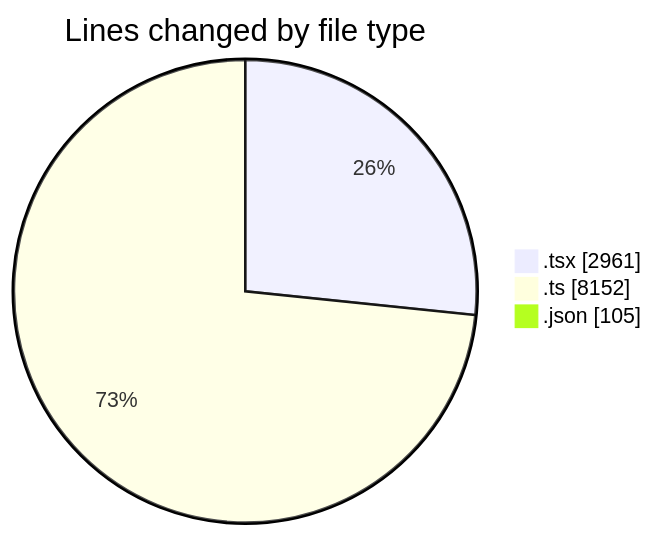
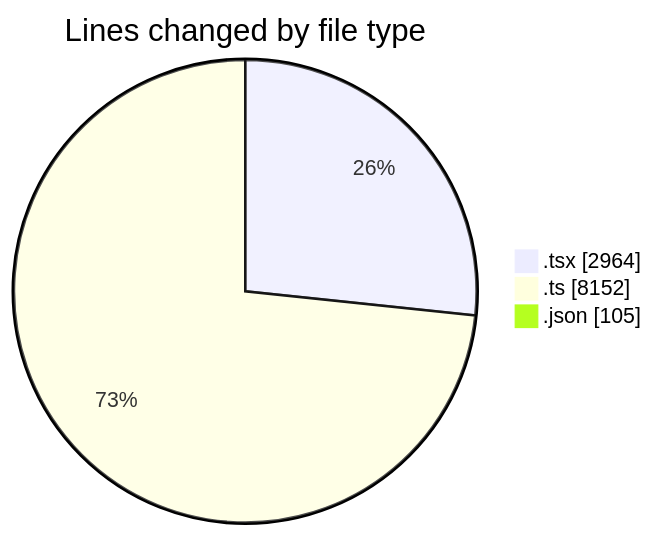
The first of 2 diagrams in 2025-07-09/cda/README.md (momahboobian/code-tracking), drawn with Mermaid before and after one commit. The commit also changed other lines of this file and 1 other file, not shown here.

````diff
--- a/2025-07-09/cda/README.md
+++ b/2025-07-09/cda/README.md
@@ -32,7 +32,7 @@
 ```mermaid
 pie showData
 title Lines changed by file type
-".tsx" : 2961
+".tsx" : 2964
 ".ts" : 8152
 ".json" : 105
 ```
````
